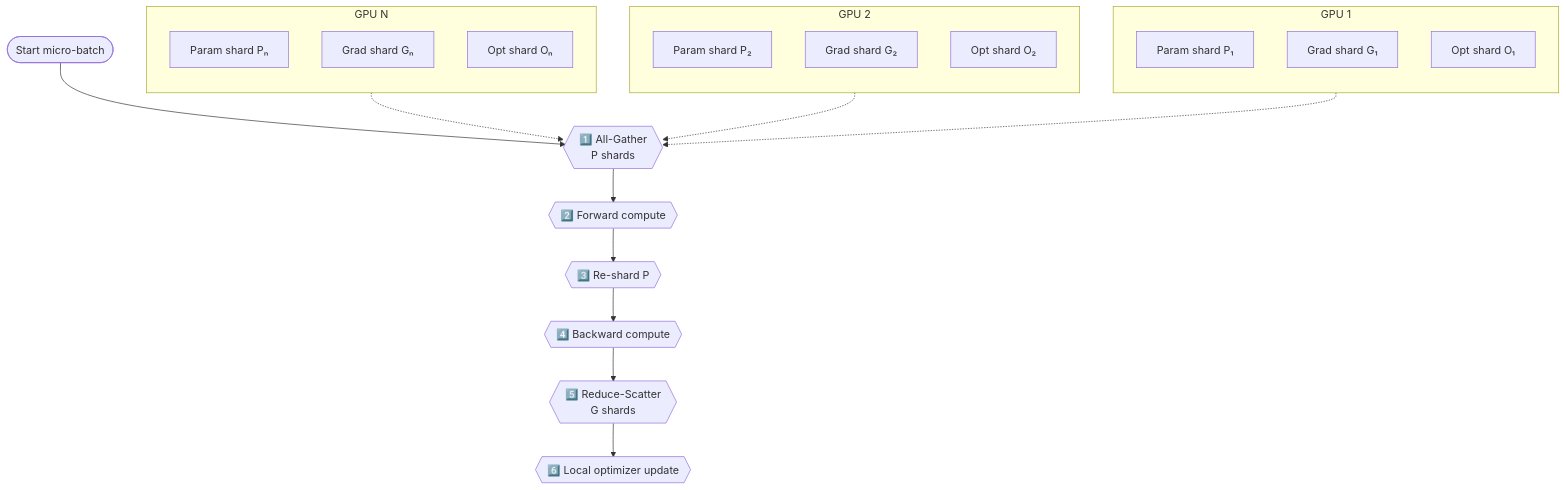
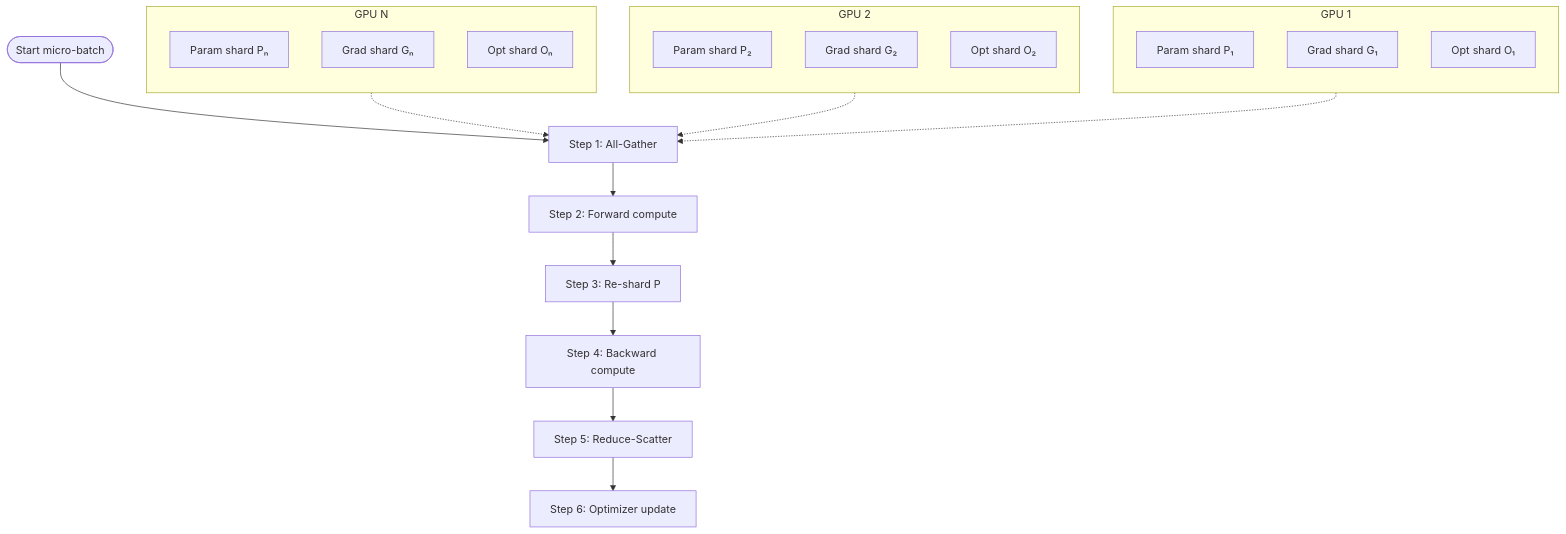
One commit to slavadubrov/notes changed the second of 7 diagrams in docs/blog/posts/2025-04-28-scaling-llms.md. Above: the diagram before and after it, drawn with Mermaid. The commit also changed other lines of this file, not shown here.

Commit message:
update fix

````diff
--- a/docs/blog/posts/2025-04-28-scaling-llms.md
+++ b/docs/blog/posts/2025-04-28-scaling-llms.md
@@ -65,35 +65,35 @@
 ```mermaid
 flowchart TD
     %% GPU-local state
     subgraph "GPU 1"
         direction TB
         P1[Param shard P₁]
         G1[Grad shard G₁]
         O1[Opt shard O₁]
     end
     subgraph "GPU 2"
         direction TB
         P2[Param shard P₂]
         G2[Grad shard G₂]
         O2[Opt shard O₂]
     end
     subgraph "GPU N"
         direction TB
         PN[Param shard Pₙ]
         GN[Grad shard Gₙ]
         ON[Opt shard Oₙ]
     end
 
     %% Mini-batch pipeline
-    start([Start micro-batch]) --> gather{{1️⃣ All-Gather<br/>P shards}}
-    gather --> fwd{{2️⃣ Forward compute}}
-    fwd --> reshard{{3️⃣ Re-shard P}}
-    reshard --> bwd{{4️⃣ Backward compute}}
-    bwd --> reduce{{5️⃣ Reduce-Scatter<br/>G shards}}
-    reduce --> update{{6️⃣ Local optimizer update}}
+    start([Start micro-batch]) --> gather[Step 1: All-Gather]
+    gather --> fwd[Step 2: Forward compute]
+    fwd --> reshard[Step 3: Re-shard P]
+    reshard --> bwd[Step 4: Backward compute]
+    bwd --> reduce[Step 5: Reduce-Scatter]
+    reduce --> update[Step 6: Optimizer update]
 
     %% Collective edges (dotted to indicate broadcast)
     P1 -.-> gather
     P2 -.-> gather
     PN -.-> gather
 ```
````
